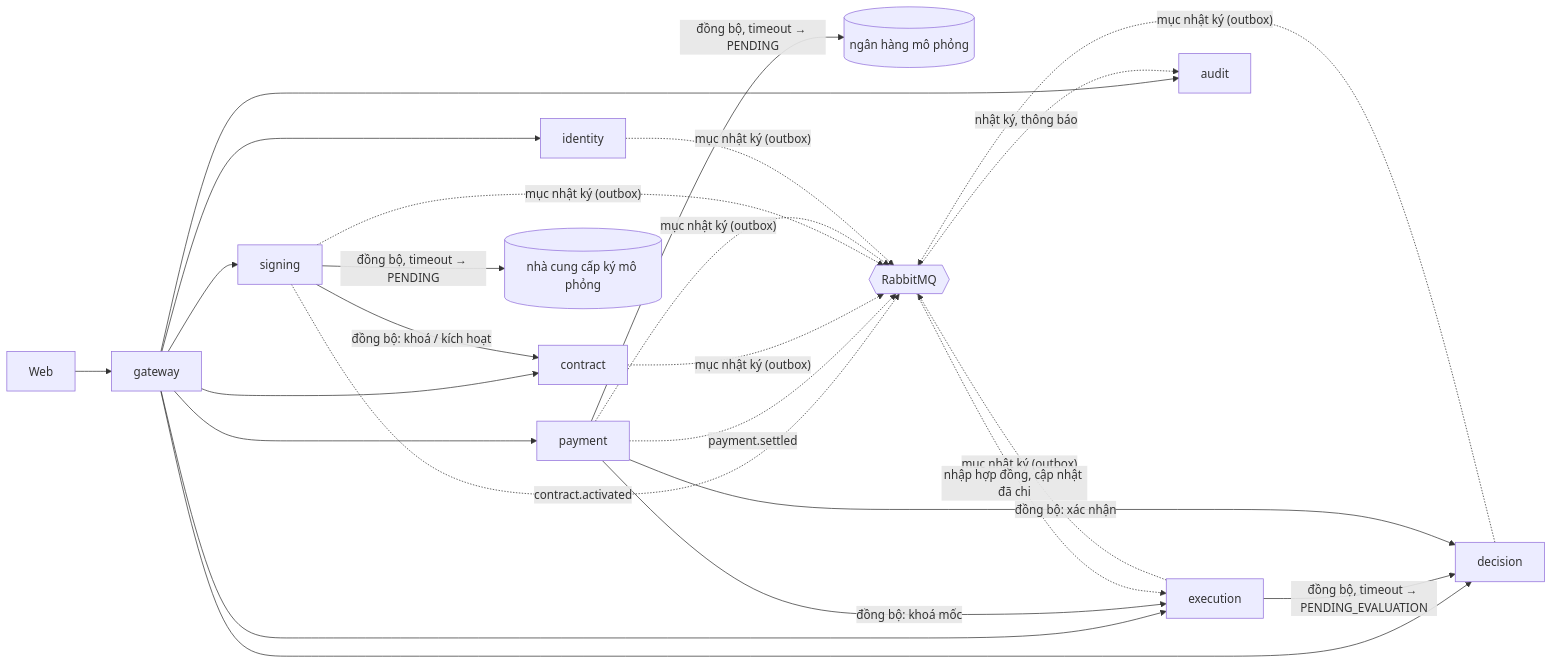
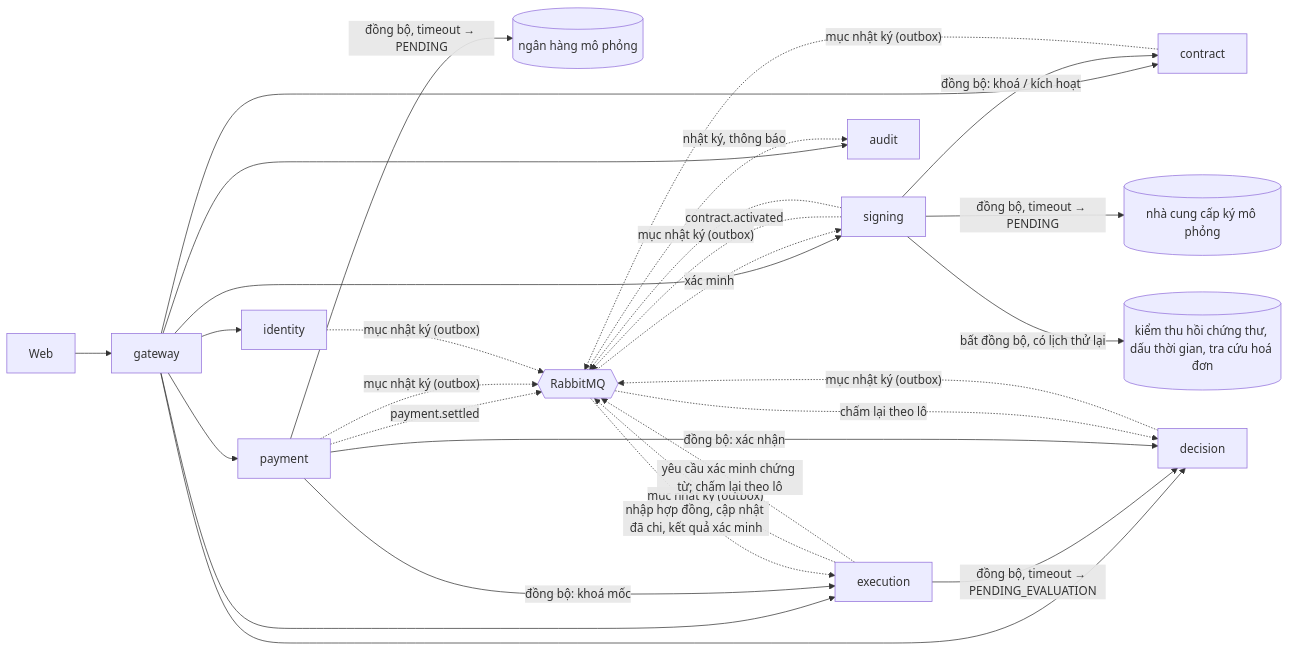
The first of 3 diagrams in docs/LUAN_CU_KIEN_TRUC.md (Tunhoclaptrinh/smart-contract-services), drawn with Mermaid before and after one commit. The commit also changed other lines of this file and 7 other files, not shown here.

````diff
--- a/docs/LUAN_CU_KIEN_TRUC.md
+++ b/docs/LUAN_CU_KIEN_TRUC.md
@@ -253,16 +298,20 @@
 ```mermaid
 flowchart LR
   web[Web] --> gw[gateway]
   gw --> idn[identity] & ctr[contract] & sig[signing] & exe[execution] & dec[decision] & pay[payment] & aud[audit]
   sig -- "đồng bộ: khoá / kích hoạt" --> ctr
   sig -- "đồng bộ, timeout → PENDING" --> esp[(nhà cung cấp ký mô phỏng)]
+  sig -- "bất đồng bộ, có lịch thử lại" --> ver[(kiểm thu hồi chứng thư, dấu thời gian, tra cứu hoá đơn)]
   exe -- "đồng bộ, timeout → PENDING_EVALUATION" --> dec
   pay -- "đồng bộ: khoá mốc" --> exe
   pay -- "đồng bộ: xác nhận" --> dec
   pay -- "đồng bộ, timeout → PENDING" --> bank[(ngân hàng mô phỏng)]
   sig -. "contract.activated" .-> mq{{RabbitMQ}}
   pay -. "payment.settled" .-> mq
   ctr & sig & exe & dec & pay & idn -. "mục nhật ký (outbox)" .-> mq
-  mq -. "nhập hợp đồng, cập nhật đã chi" .-> exe
+  exe -. "yêu cầu xác minh chứng từ; chấm lại theo lô" .-> mq
+  mq -. "xác minh" .-> sig
+  mq -. "chấm lại theo lô" .-> dec
+  mq -. "nhập hợp đồng, cập nhật đã chi, kết quả xác minh" .-> exe
   mq -. "nhật ký, thông báo" .-> aud
 ```
````
